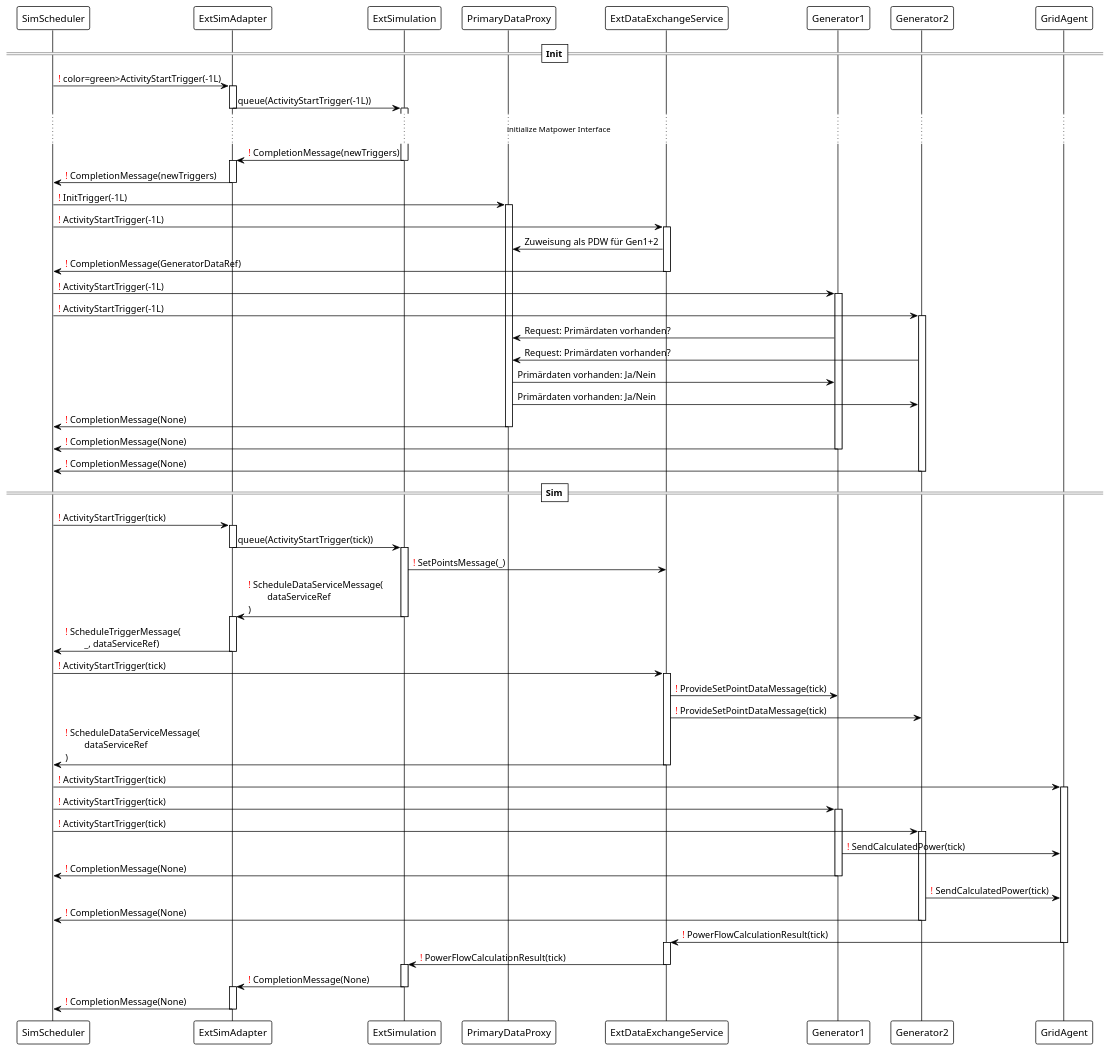
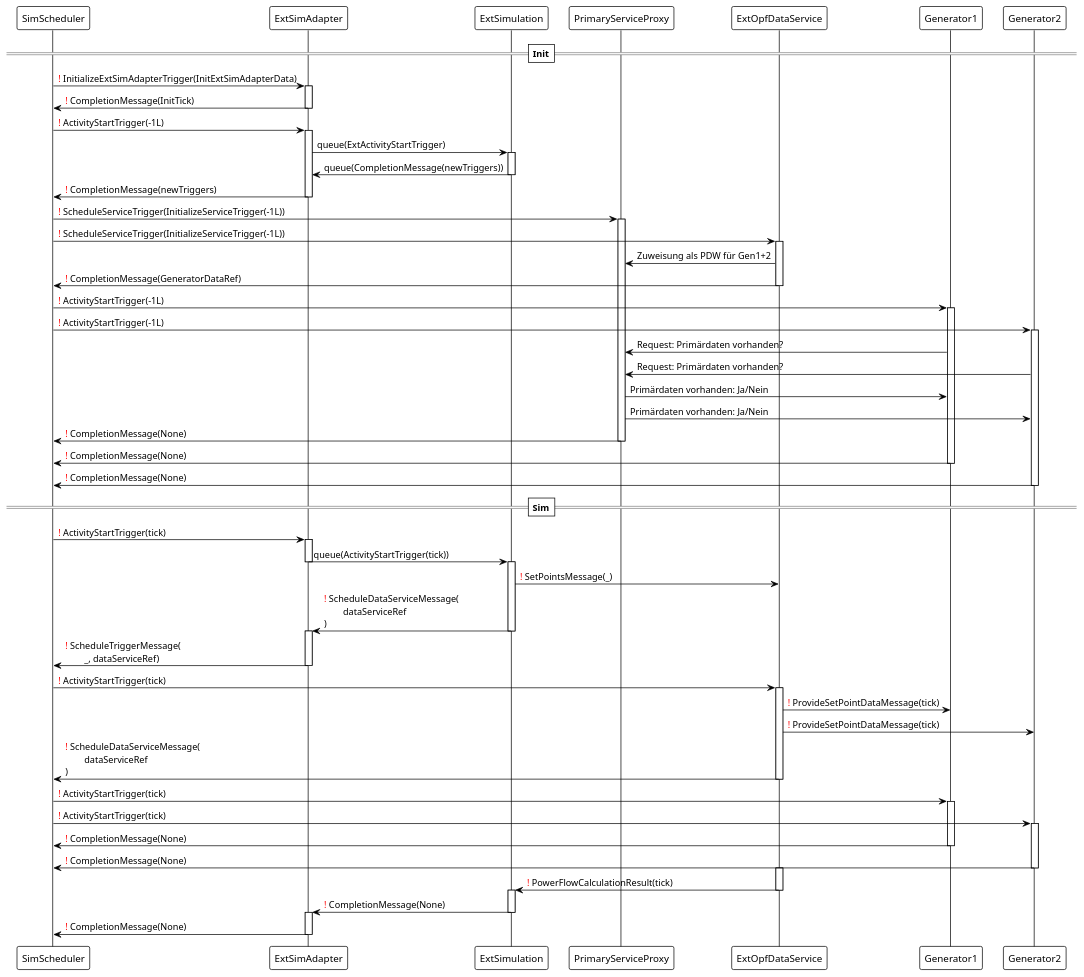
The diagram in docs/uml/protocol/ExtDCOPFSimulationSequence.puml (ie3-institute/simona), drawn with PlantUML before and after one commit. The commit also changed 9 other files, not shown here.

```diff
--- a/docs/uml/protocol/ExtDCOPFSimulationSequence.puml
+++ b/docs/uml/protocol/ExtDCOPFSimulationSequence.puml
@@ -1,101 +1,100 @@
 @startuml
 
 !theme plain
 
 ==Init==
-
-SimScheduler -> ExtSimAdapter: <font color=red>!</font> color=green>ActivityStartTrigger(-1L)
+SimScheduler -> ExtSimAdapter: <font color=red>!</font> InitializeExtSimAdapterTrigger(InitExtSimAdapterData)
 activate ExtSimAdapter
 
-ExtSimAdapter -> ExtSimulation: queue(ActivityStartTrigger(-1L))
+ExtSimAdapter -> SimScheduler: <font color=red>!</font> CompletionMessage(InitTick)
 deactivate ExtSimAdapter
+
+
+
+SimScheduler -> ExtSimAdapter: <font color=red>!</font> ActivityStartTrigger(-1L)
+activate ExtSimAdapter
+
+ExtSimAdapter -> ExtSimulation: queue(ExtActivityStartTrigger)
 activate ExtSimulation
-...initialize Matpower Interface...
 
-ExtSimulation -> ExtSimAdapter: <font color=red>!</font> CompletionMessage(newTriggers)
+ExtSimulation -> ExtSimAdapter: queue(CompletionMessage(newTriggers))
 deactivate ExtSimulation
-activate ExtSimAdapter
 
 ExtSimAdapter -> SimScheduler: <font color=red>!</font> CompletionMessage(newTriggers)
 deactivate ExtSimAdapter
 
-SimScheduler -> PrimaryDataProxy: <font color=red>!</font> InitTrigger(-1L)
-activate PrimaryDataProxy
 
-SimScheduler -> ExtDataExchangeService: <font color=red>!</font> ActivityStartTrigger(-1L)
-activate ExtDataExchangeService
 
-ExtDataExchangeService -> PrimaryDataProxy: Zuweisung als PDW für Gen1+2
-ExtDataExchangeService -> SimScheduler: <font color=red>!</font> CompletionMessage(GeneratorDataRef)
-deactivate ExtDataExchangeService
+SimScheduler -> PrimaryServiceProxy: <font color=red>!</font> ScheduleServiceTrigger(InitializeServiceTrigger(-1L))
+activate PrimaryServiceProxy
+
+SimScheduler -> ExtOpfDataService: <font color=red>!</font> ScheduleServiceTrigger(InitializeServiceTrigger(-1L))
+activate ExtOpfDataService
+
+ExtOpfDataService -> PrimaryServiceProxy: Zuweisung als PDW für Gen1+2
+ExtOpfDataService -> SimScheduler: <font color=red>!</font> CompletionMessage(GeneratorDataRef)
+deactivate ExtOpfDataService
 
 SimScheduler -> Generator1: <font color=red>!</font> ActivityStartTrigger(-1L)
 activate Generator1
 SimScheduler -> Generator2: <font color=red>!</font> ActivityStartTrigger(-1L)
 activate Generator2
 
-Generator1 -> PrimaryDataProxy: Request: Primärdaten vorhanden?
-Generator2 -> PrimaryDataProxy: Request: Primärdaten vorhanden?
+Generator1 -> PrimaryServiceProxy: Request: Primärdaten vorhanden?
+Generator2 -> PrimaryServiceProxy: Request: Primärdaten vorhanden?
 
-PrimaryDataProxy -> Generator1: Primärdaten vorhanden: Ja/Nein
-PrimaryDataProxy -> Generator2: Primärdaten vorhanden: Ja/Nein
-PrimaryDataProxy -> SimScheduler: <font color=red>!</font> CompletionMessage(None)
-deactivate PrimaryDataProxy
+PrimaryServiceProxy -> Generator1: Primärdaten vorhanden: Ja/Nein
+PrimaryServiceProxy -> Generator2: Primärdaten vorhanden: Ja/Nein
+PrimaryServiceProxy -> SimScheduler: <font color=red>!</font> CompletionMessage(None)
+deactivate PrimaryServiceProxy
 
 Generator1 -> SimScheduler: <font color=red>!</font> CompletionMessage(None)
 deactivate Generator1
 Generator2 -> SimScheduler: <font color=red>!</font> CompletionMessage(None)
 deactivate Generator2
 
 ==Sim==
 SimScheduler -> ExtSimAdapter: <font color=red>!</font> ActivityStartTrigger(tick)
 activate ExtSimAdapter
 
 ExtSimAdapter -> ExtSimulation: queue(ActivityStartTrigger(tick))
 deactivate ExtSimAdapter
 
 activate ExtSimulation
-ExtSimulation -> ExtDataExchangeService: <font color=red>!</font> SetPointsMessage(_)
+ExtSimulation -> ExtOpfDataService: <font color=red>!</font> SetPointsMessage(_)
 ExtSimulation -> ExtSimAdapter: <font color=red>!</font> ScheduleDataServiceMessage(\n\tdataServiceRef\n)
 deactivate ExtSimulation
 
 activate ExtSimAdapter
 ExtSimAdapter -> SimScheduler: <font color=red>!</font> ScheduleTriggerMessage(\n\t_, dataServiceRef)
 deactivate ExtSimAdapter
 
-SimScheduler -> ExtDataExchangeService: <font color=red>!</font> ActivityStartTrigger(tick)
-activate ExtDataExchangeService
-ExtDataExchangeService -> Generator1: <font color=red>!</font> ProvideSetPointDataMessage(tick)
-ExtDataExchangeService -> Generator2: <font color=red>!</font> ProvideSetPointDataMessage(tick)
-ExtDataExchangeService -> SimScheduler: <font color=red>!</font> ScheduleDataServiceMessage(\n\tdataServiceRef\n)
-deactivate ExtDataExchangeService
+SimScheduler -> ExtOpfDataService: <font color=red>!</font> ActivityStartTrigger(tick)
+activate ExtOpfDataService
+ExtOpfDataService -> Generator1: <font color=red>!</font> ProvideSetPointDataMessage(tick)
+ExtOpfDataService -> Generator2: <font color=red>!</font> ProvideSetPointDataMessage(tick)
+ExtOpfDataService -> SimScheduler: <font color=red>!</font> ScheduleDataServiceMessage(\n\tdataServiceRef\n)
+deactivate ExtOpfDataService
 
-SimScheduler -> GridAgent: <font color=red>!</font> ActivityStartTrigger(tick)
-activate GridAgent
 SimScheduler -> Generator1: <font color=red>!</font> ActivityStartTrigger(tick)
 activate Generator1
 SimScheduler -> Generator2: <font color=red>!</font> ActivityStartTrigger(tick)
 activate Generator2
-Generator1 -> GridAgent: <font color=red>!</font> SendCalculatedPower(tick)
 Generator1 -> SimScheduler: <font color=red>!</font> CompletionMessage(None)
 deactivate Generator1
-Generator2 -> GridAgent: <font color=red>!</font> SendCalculatedPower(tick)
 Generator2 -> SimScheduler: <font color=red>!</font> CompletionMessage(None)
 deactivate Generator2
 
-GridAgent -> ExtDataExchangeService: <font color=red>!</font> PowerFlowCalculationResult(tick)
-deactivate GridAgent
-
-activate ExtDataExchangeService
-ExtDataExchangeService -> ExtSimulation: <font color=red>!</font> PowerFlowCalculationResult(tick)
-deactivate ExtDataExchangeService
+activate ExtOpfDataService
+ExtOpfDataService -> ExtSimulation: <font color=red>!</font> PowerFlowCalculationResult(tick)
+deactivate ExtOpfDataService
 
 activate ExtSimulation
 ExtSimulation -> ExtSimAdapter: <font color=red>!</font> CompletionMessage(None)
 deactivate ExtSimulation
 
 activate ExtSimAdapter
 ExtSimAdapter -> SimScheduler: <font color=red>!</font> CompletionMessage(None)
 deactivate ExtSimAdapter
 
 @enduml
```
